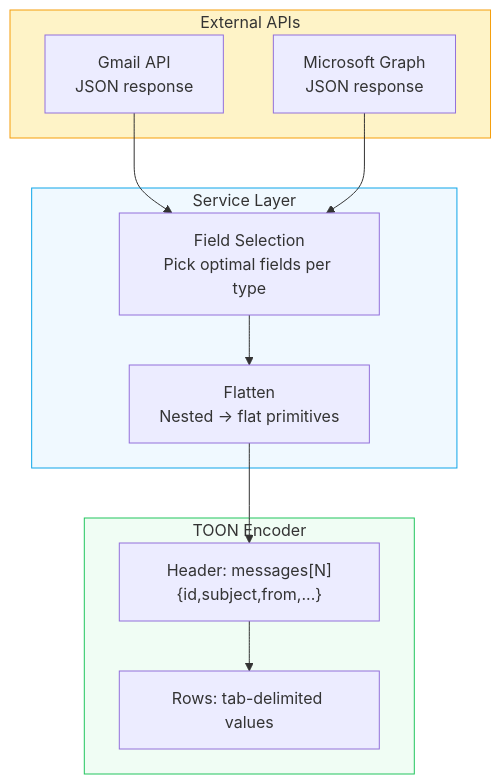
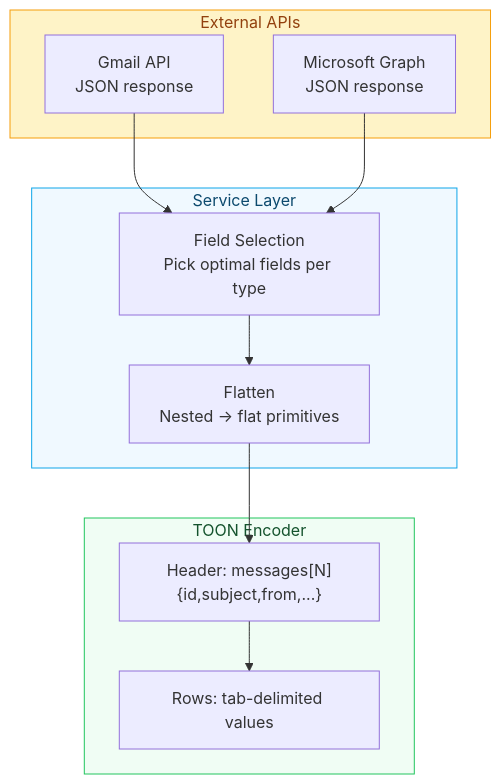
The second of 2 diagrams in docs/ecosystem/integrations.md (VibeTensor/vibemcp), drawn with Mermaid before and after one commit. The commit also changed other lines of this file and 40 other files, not shown here.

````diff
--- a/docs/ecosystem/integrations.md
+++ b/docs/ecosystem/integrations.md
@@ -109,27 +112,31 @@
 ```mermaid
 flowchart TD
     subgraph API["External APIs"]
         GAPI["Gmail API\nJSON response"]
         MAPI["Microsoft Graph\nJSON response"]
     end
 
     subgraph Service["Service Layer"]
         FL["Field Selection\nPick optimal fields per type"]
         FLAT["Flatten\nNested → flat primitives"]
     end
 
     subgraph Encode["TOON Encoder"]
         HDR["Header: messages&lsqb;N&rsqb;&lbrace;id,subject,from,...&rbrace;"]
         ROWS["Rows: tab-delimited values"]
     end
 
     GAPI --> FL
     MAPI --> FL
     FL --> FLAT
     FLAT --> HDR
     HDR --> ROWS
 
-    style API fill:#fef3c7,stroke:#f59e0b
-    style Service fill:#f0f9ff,stroke:#0ea5e9
-    style Encode fill:#f0fdf4,stroke:#22c55e
+    classDef apiStyle fill:#fef3c7,stroke:#f59e0b,color:#92400e
+    classDef svcStyle fill:#f0f9ff,stroke:#0ea5e9,color:#0c4a6e
+    classDef encStyle fill:#f0fdf4,stroke:#22c55e,color:#14532d
+
+    class API apiStyle
+    class Service svcStyle
+    class Encode encStyle
 ```
````
